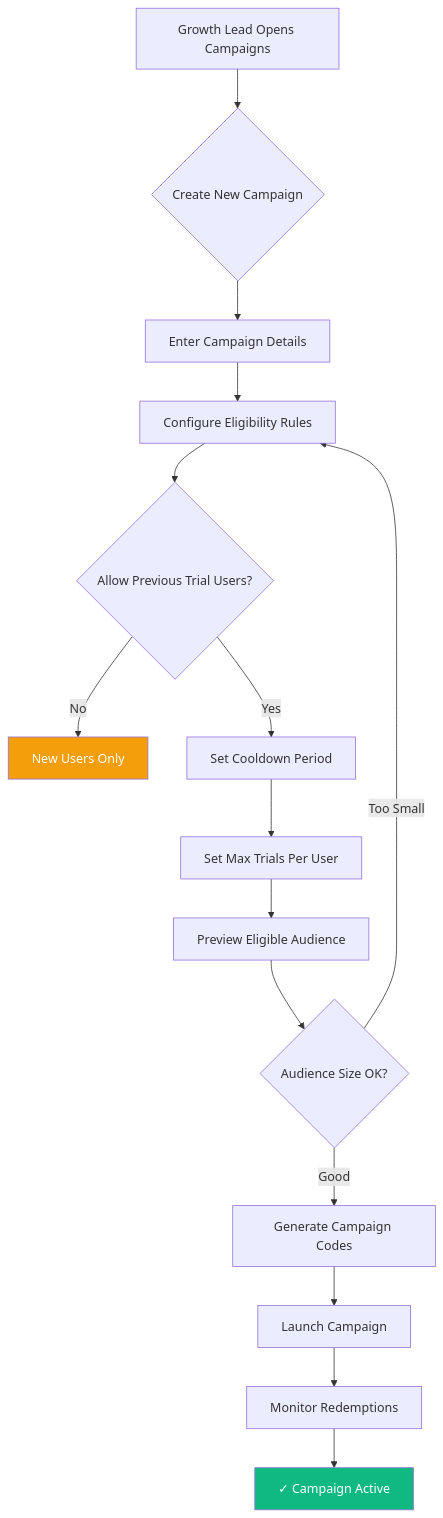
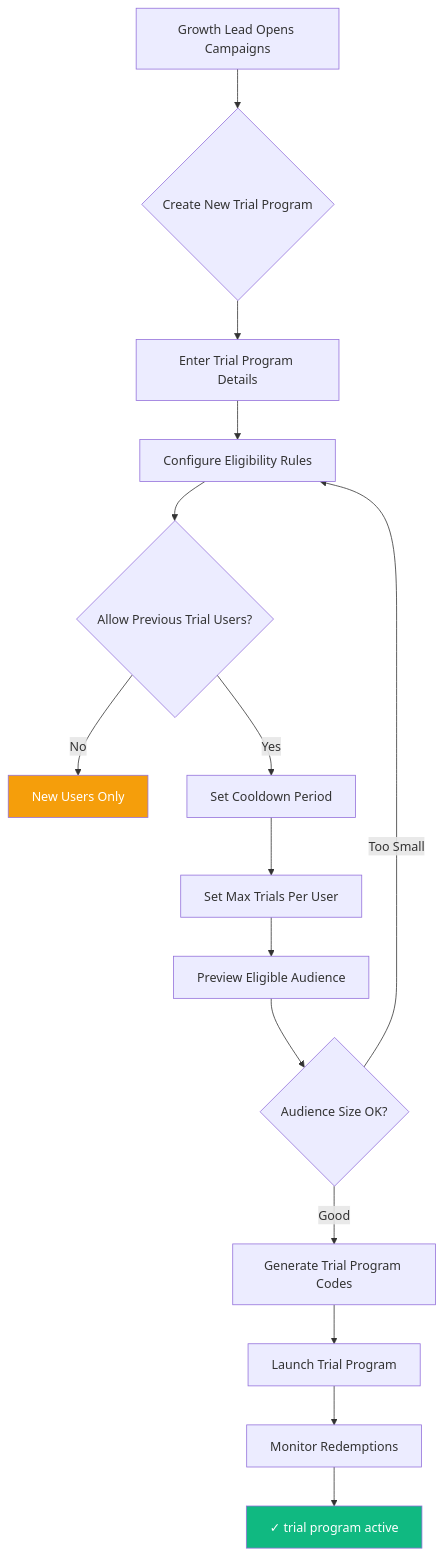
Before and after one commit to jmcoleman/codescribe-ai: the first of 4 diagrams in docs/planning/trial-eligibility-enhancement/TRIAL-ELIGIBILITY-WF-PRD.md, drawn with Mermaid. The commit also changed other lines of this file and 64 other files, not shown here.

First line of the commit message:
refactor: rename Campaigns to Trial Programs with enhanced eligibility system

````diff
--- a/docs/planning/trial-eligibility-enhancement/TRIAL-ELIGIBILITY-WF-PRD.md
+++ b/docs/planning/trial-eligibility-enhancement/TRIAL-ELIGIBILITY-WF-PRD.md
@@ -196,20 +196,20 @@
 ```mermaid
 flowchart TD
-    A[Growth Lead Opens Campaigns] --> B{Create New Campaign}
-    B --> C[Enter Campaign Details]
+    A[Growth Lead Opens Campaigns] --> B{Create New Trial Program}
+    B --> C[Enter Trial Program Details]
     C --> D[Configure Eligibility Rules]
     D --> E{Allow Previous Trial Users?}
     E -->|No| F[New Users Only]
     E -->|Yes| G[Set Cooldown Period]
     G --> H[Set Max Trials Per User]
     H --> I[Preview Eligible Audience]
     I --> J{Audience Size OK?}
     J -->|Too Small| D
-    J -->|Good| K[Generate Campaign Codes]
-    K --> L[Launch Campaign]
+    J -->|Good| K[Generate Trial Program Codes]
+    K --> L[Launch Trial Program]
     L --> M[Monitor Redemptions]
-    M --> N[✓ Campaign Active]
+    M --> N[✓ trial program active]
 
     style N fill:#10b981,color:#fff
     style F fill:#f59e0b,color:#fff
 ```
````
